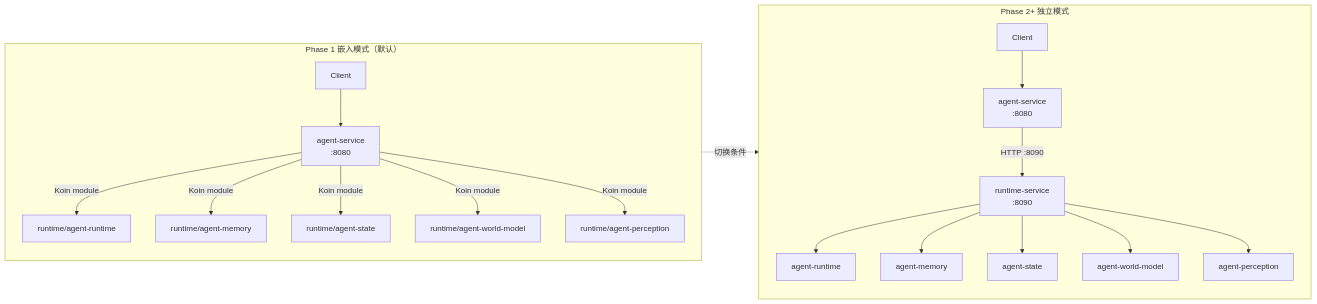
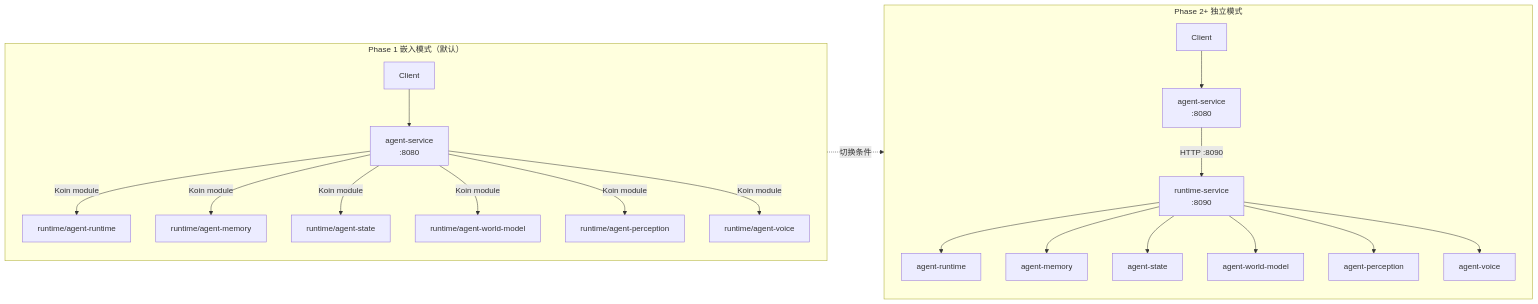
One commit to ayane-ai/ayane-docs changed the third of 3 diagrams in architecture/AgentService工程架构.md. Above: the diagram before and after it, drawn with Mermaid. The commit also changed other lines of this file and 11 other files, not shown here.

First line of the commit message:
docs(architecture): 更新 AgentService 工程架构文档，增加语音层和认证授权模块

````diff
--- a/architecture/AgentService工程架构.md
+++ b/architecture/AgentService工程架构.md
@@ -114,25 +132,27 @@
 ```mermaid
 flowchart LR
     subgraph Embed["Phase 1 嵌入模式（默认）"]
         direction TB
         E_Client[Client] --> E_Service[agent-service<br/>:8080]
         E_Service -->|Koin module| E_Core[runtime/agent-runtime]
         E_Service -->|Koin module| E_Mem[runtime/agent-memory]
         E_Service -->|Koin module| E_State[runtime/agent-state]
         E_Service -->|Koin module| E_WM[runtime/agent-world-model]
         E_Service -->|Koin module| E_Per[runtime/agent-perception]
+        E_Service -->|Koin module| E_Voice[runtime/agent-voice]
     end
 
     subgraph Standalone["Phase 2+ 独立模式"]
         direction TB
         S_Client[Client] --> S_Service[agent-service<br/>:8080]
         S_Service -->|HTTP :8090| S_RT[runtime-service<br/>:8090]
         S_RT --> S_Core2[agent-runtime]
         S_RT --> S_Mem[agent-memory]
         S_RT --> S_State[agent-state]
         S_RT --> S_WM[agent-world-model]
         S_RT --> S_Per[agent-perception]
+        S_RT --> S_Voice[agent-voice]
     end
 
     Embed -.切换条件.-> Standalone
 ```
````
